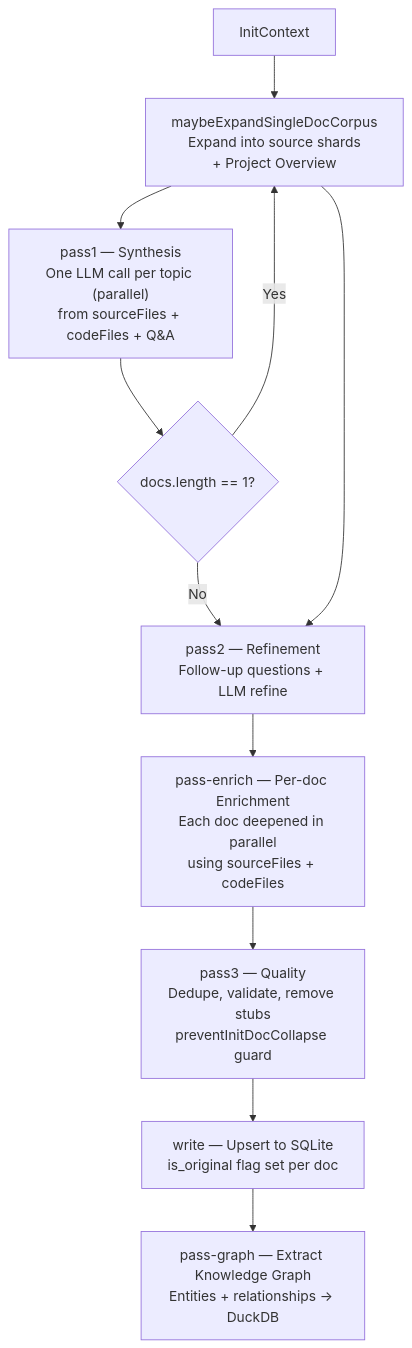
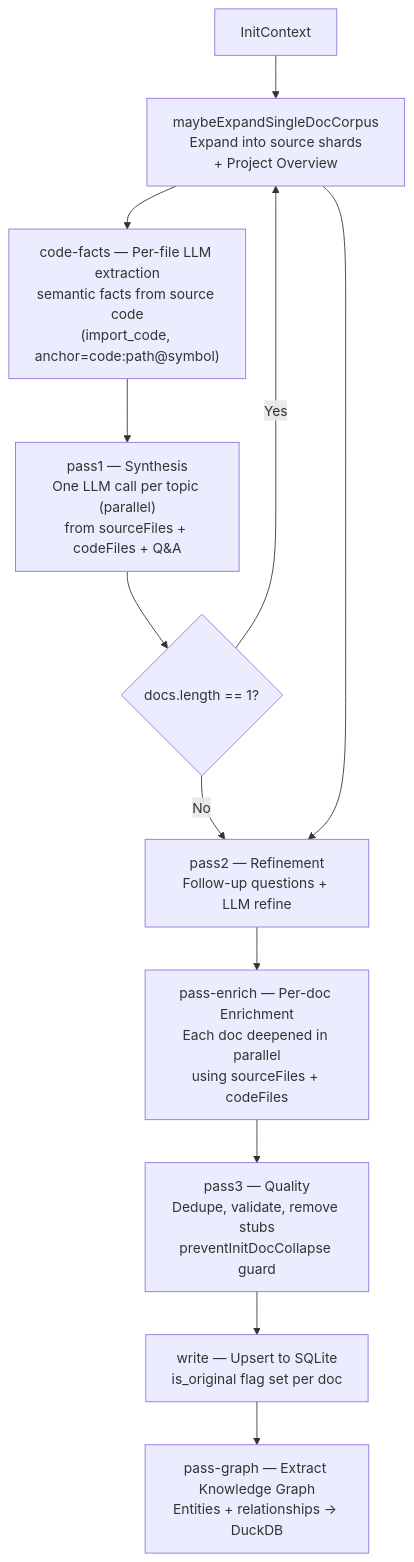
The second of 3 diagrams in src/core/INIT.md (rosenjcb/kb), drawn with Mermaid before and after one commit. The commit also changed other lines of this file and 12 other files, not shown here.

````diff
--- a/src/core/INIT.md
+++ b/src/core/INIT.md
@@ -28,27 +28,30 @@
 ```mermaid
 flowchart TD
     F[InitContext] --> SF
 
     SF["scan-facts — Deterministic ingest\nsegment markdown sources → facts\n(import_doc, before pass1)"]
-    SF --> P1
+    SF --> CF
+
+    CF["code-facts — Per-file LLM extraction\nsemantic facts from source code\n(import_code, anchor=code:path@symbol)"]
+    CF --> P1
 
     P1["pass1 — Synthesis\nOne LLM call per topic (parallel)\nfrom sourceFiles + codeFiles + Q&A"]
     P1 --> X{docs.length == 1?}
     X -- Yes --> SF["maybeExpandSingleDocCorpus\nExpand into source shards\n+ Project Overview"]
     X -- No --> P2
     SF --> P2
 
     P2["pass2 — Refinement\nFollow-up questions + LLM refine"]
     P2 --> PE
 
     PE["pass-enrich — Per-doc Enrichment\nEach doc deepened in parallel\nusing sourceFiles + codeFiles"]
     PE --> P3
 
     P3["pass3 — Quality\nDedupe, validate, remove stubs\npreventInitDocCollapse guard"]
     P3 --> W
 
     W["write — Upsert to SQLite\nis_original flag set per doc"]
     W --> PG
 
     PG["pass-graph — Extract Knowledge Graph\nEntities + relationships → DuckDB"]
 ```
````
